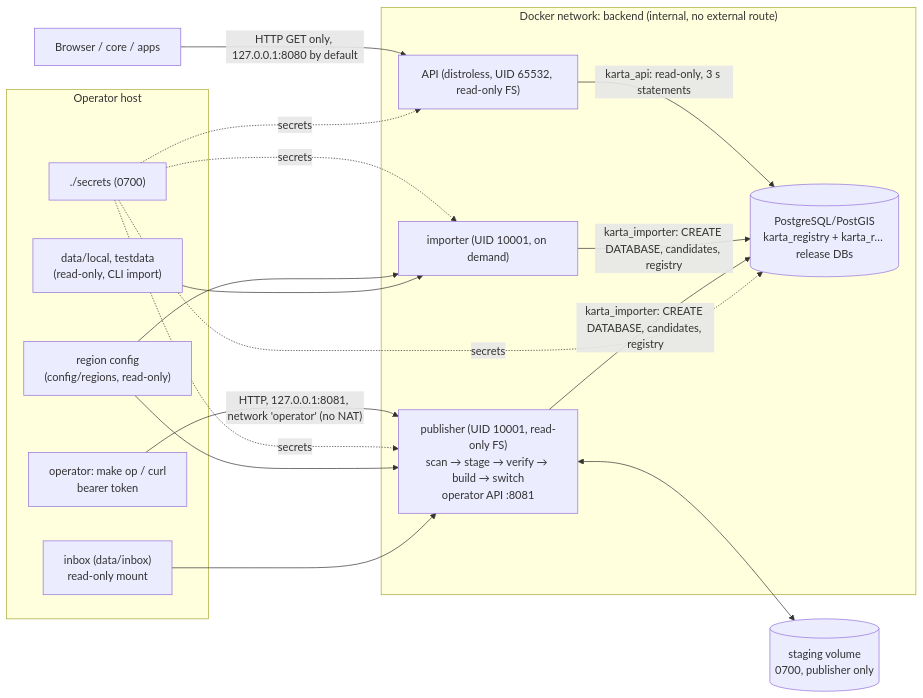
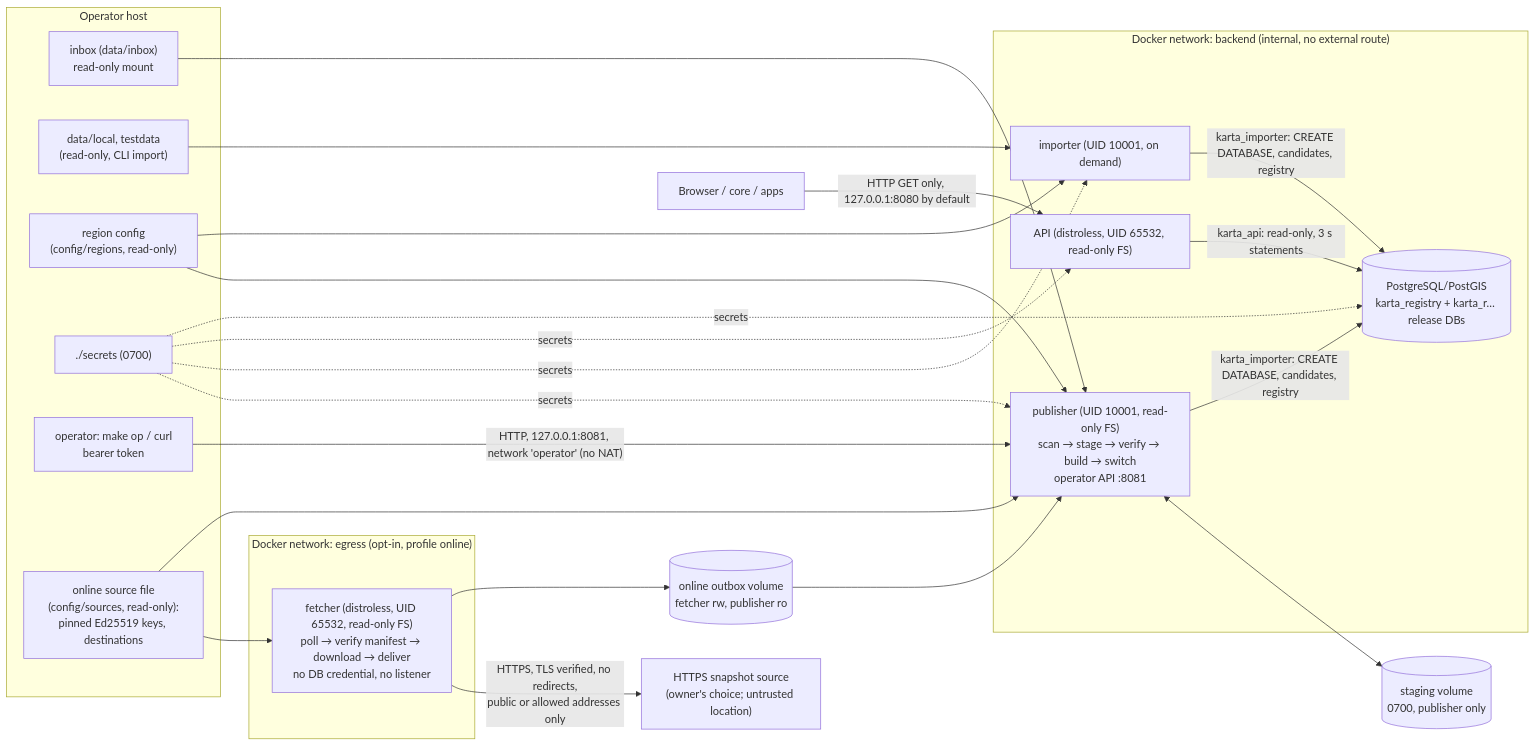
The diagram in docs/security.md (pouriya-sedaghat/karta), drawn with Mermaid before and after one commit. The commit also changed other lines of this file and 11 other files, not shown here.

````diff
--- a/docs/security.md
+++ b/docs/security.md
@@ -3,27 +3,36 @@
 ```mermaid
 flowchart LR
     subgraph Operator host
         INBOX["inbox (data/inbox)<br/>read-only mount"]
         PBF["data/local, testdata<br/>(read-only, CLI import)"]
         CFG["region config<br/>(config/regions, read-only)"]
         SEC["./secrets (0700)"]
         OPR["operator: make op / curl<br/>bearer token"]
+        SRCF["online source file<br/>(config/sources, read-only):<br/>pinned Ed25519 keys, destinations"]
     end
+    subgraph "Docker network: egress (opt-in, profile online)"
+        FET["fetcher (distroless, UID 65532, read-only FS)<br/>poll → verify manifest → download → deliver<br/>no DB credential, no listener"]
+    end
+    SRC["HTTPS snapshot source<br/>(owner's choice; untrusted location)"]
+    OUT[("online outbox volume<br/>fetcher rw, publisher ro")]
     subgraph "Docker network: backend (internal, no external route)"
         PUB["publisher (UID 10001, read-only FS)<br/>scan → stage → verify → build → switch<br/>operator API :8081"]
         IMP["importer (UID 10001, on demand)"]
         DB[("PostgreSQL/PostGIS<br/>karta_registry + karta_r… release DBs")]
         API["API (distroless, UID 65532, read-only FS)"]
     end
     STG[("staging volume<br/>0700, publisher only")]
     Client["Browser / core / apps"]
     INBOX --> PUB
+    FET -- "HTTPS, TLS verified, no redirects,<br/>public or allowed addresses only" --> SRC
+    FET --> OUT --> PUB
+    SRCF --> FET & PUB
     PUB <--> STG
     PBF --> IMP
     CFG --> PUB & IMP
     SEC -. secrets .-> PUB & IMP & API & DB
     OPR -- "HTTP, 127.0.0.1:8081, network 'operator' (no NAT)" --> PUB
     PUB & IMP -- "karta_importer: CREATE DATABASE, candidates, registry" --> DB
     API -- "karta_api: read-only, 3 s statements" --> DB
     Client -- "HTTP GET only, 127.0.0.1:8080 by default" --> API
 ```
````
